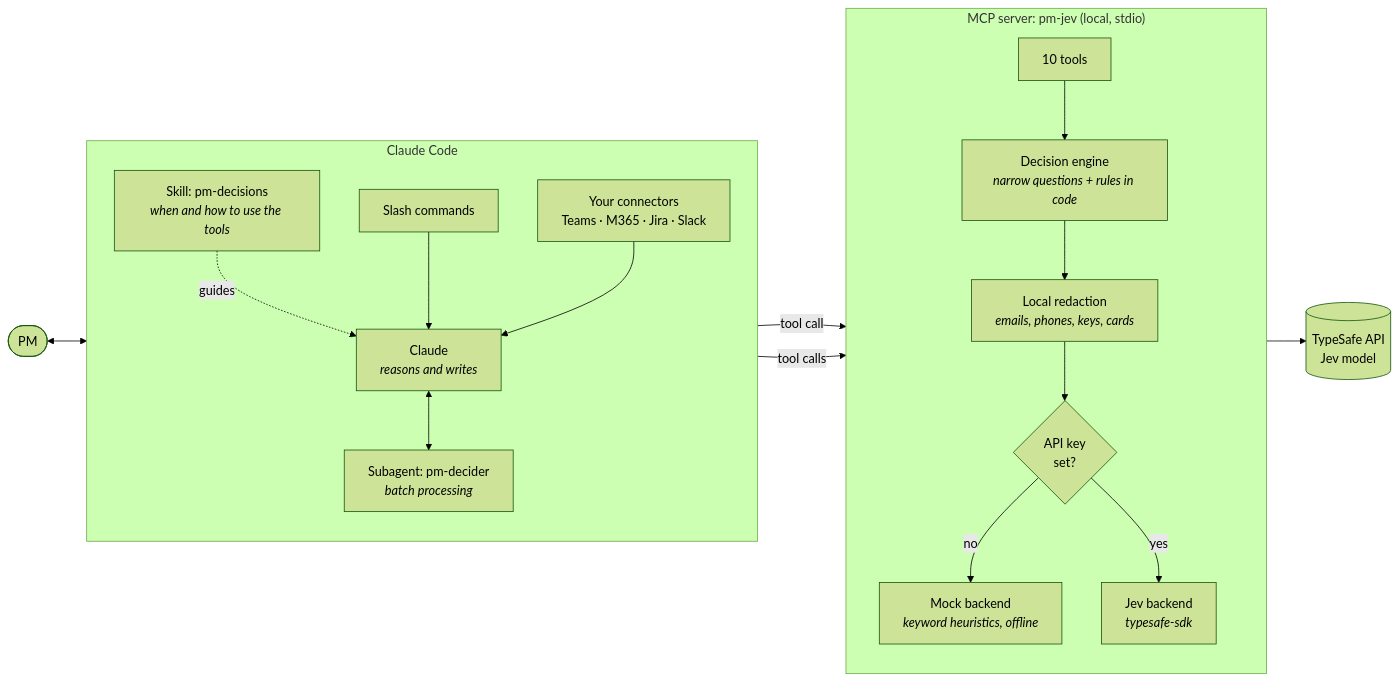
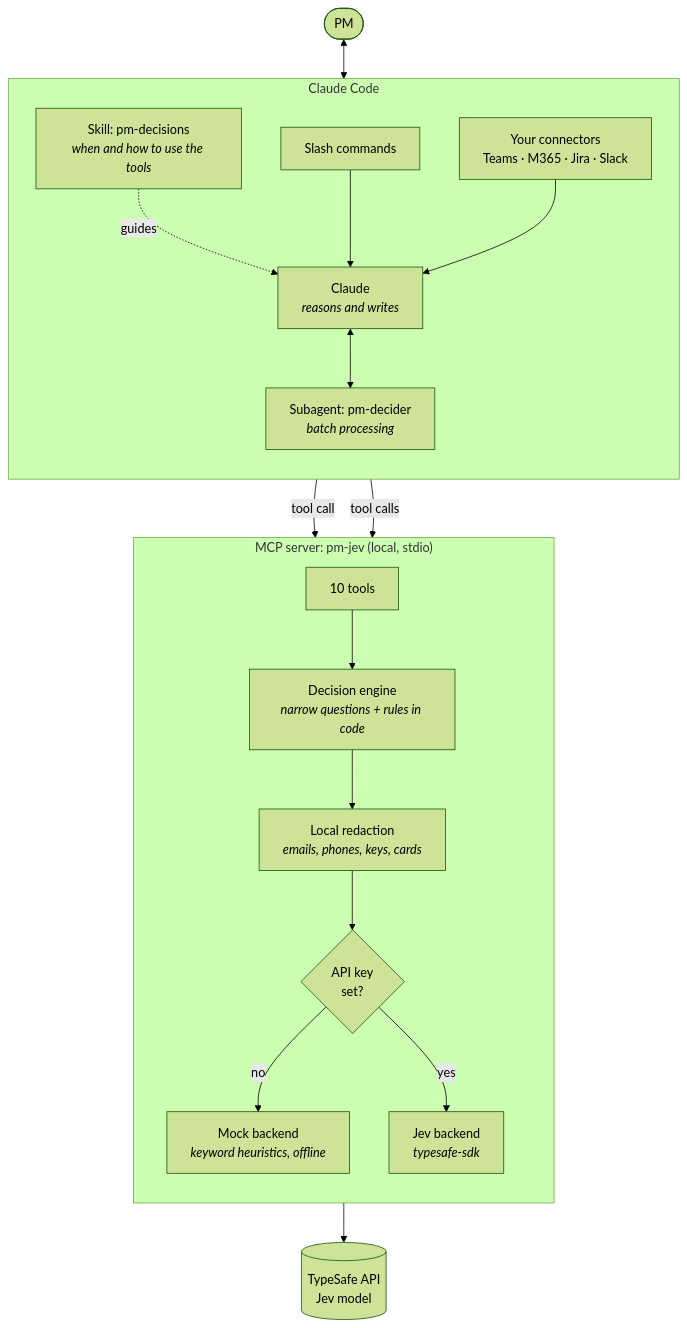
Before and after one commit to geektuhin123/pm-decisions: the first of 5 diagrams in README.md, drawn with Mermaid (forest theme).

Commit message:
README: lay out the system overview top to bottom for readability

````diff
--- a/README.md
+++ b/README.md
@@ -76,36 +76,36 @@
 ```mermaid
-flowchart LR
+flowchart TB
     PM([PM])
 
     subgraph CC["Claude Code"]
         direction TB
         Claude["Claude<br/><i>reasons and writes</i>"]
         Skill["Skill: pm-decisions<br/><i>when and how to use the tools</i>"]
         Agent["Subagent: pm-decider<br/><i>batch processing</i>"]
         Cmds["Slash commands"]
         Conn["Your connectors<br/>Teams · M365 · Jira · Slack"]
     end
 
     subgraph SRV["MCP server: pm-jev (local, stdio)"]
         direction TB
         Tools["10 tools"]
         Engine["Decision engine<br/><i>narrow questions + rules in code</i>"]
         Redact["Local redaction<br/><i>emails, phones, keys, cards</i>"]
         Pick{"API key<br/>set?"}
         Mock["Mock backend<br/><i>keyword heuristics, offline</i>"]
         Jev["Jev backend<br/><i>typesafe-sdk</i>"]
     end
 
     API[("TypeSafe API<br/>Jev model")]
 
     PM <--> Claude
     Skill -.guides.-> Claude
     Cmds --> Claude
     Claude <--> Agent
     Conn --> Claude
     Claude -- "tool call" --> Tools
     Agent -- "tool calls" --> Tools
     Tools --> Engine --> Redact --> Pick
     Pick -- no --> Mock
     Pick -- yes --> Jev --> API
 ```
````
